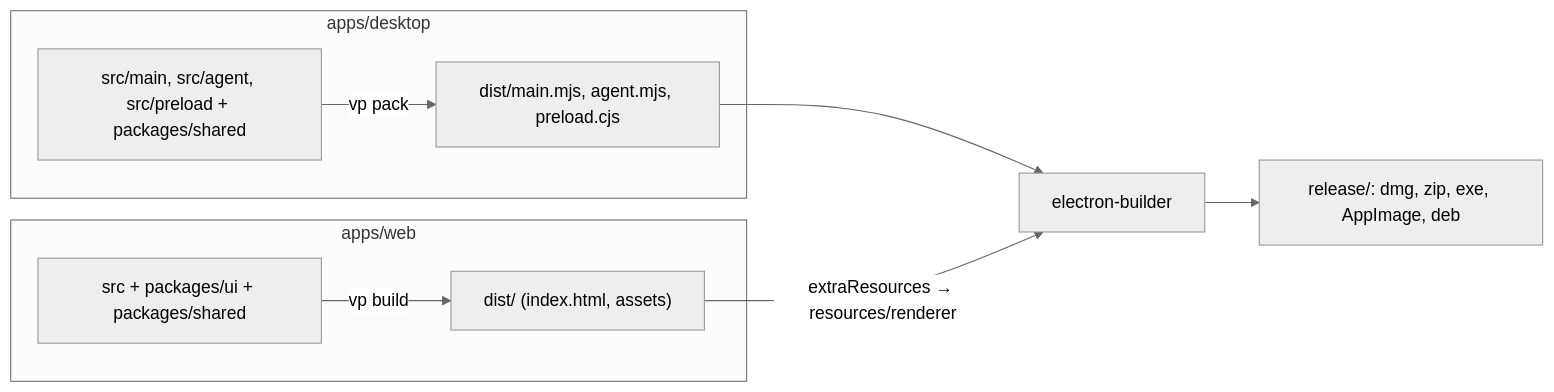
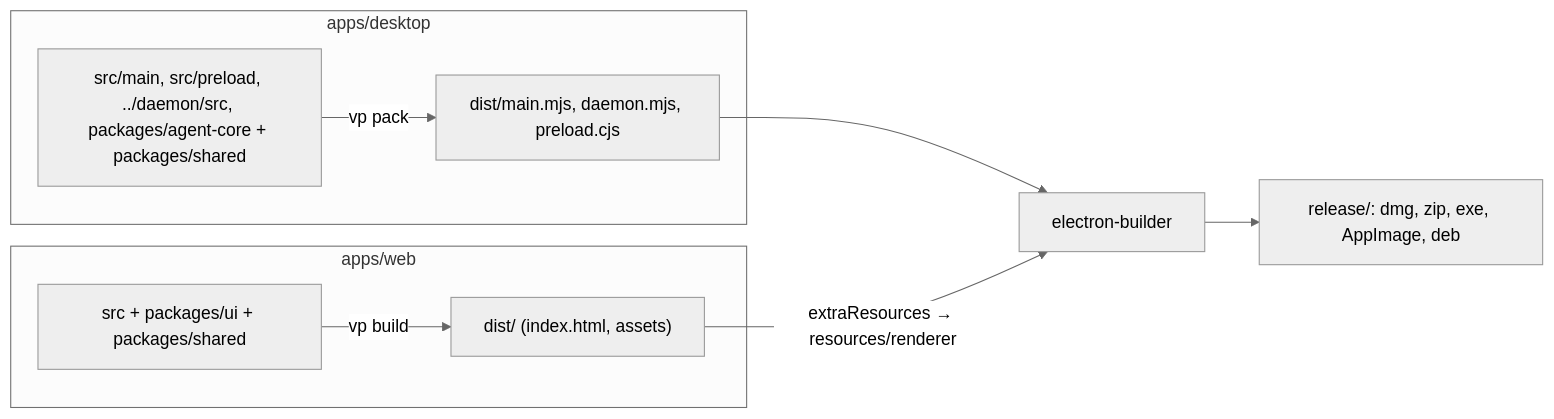
Before and after one commit to pp-techs/pp-agent: the first of 2 diagrams in docs/architecture/build-and-packaging.md, drawn with Mermaid (neutral theme). The commit also changed other lines of this file and 167 other files, not shown here.

First line of the commit message:
feat(agent): run the agent in a background daemon and add a Telegram channel (#16)

````diff
--- a/docs/architecture/build-and-packaging.md
+++ b/docs/architecture/build-and-packaging.md
@@ -47,12 +48,12 @@
 ```mermaid
 flowchart LR
   subgraph web["apps/web"]
     W1["src + packages/ui + packages/shared"] -- "vp build" --> W2["dist/ (index.html, assets)"]
   end
   subgraph desktop["apps/desktop"]
-    D1["src/main, src/agent, src/preload + packages/shared"] -- "vp pack" --> D2["dist/main.mjs, agent.mjs, preload.cjs"]
+    D1["src/main, src/preload, ../daemon/src, packages/agent-core + packages/shared"] -- "vp pack" --> D2["dist/main.mjs, daemon.mjs, preload.cjs"]
   end
   D2 --> EB["electron-builder"]
   W2 -- "extraResources → resources/renderer" --> EB
   EB --> OUT["release/: dmg, zip, exe, AppImage, deb"]
 ```
````
